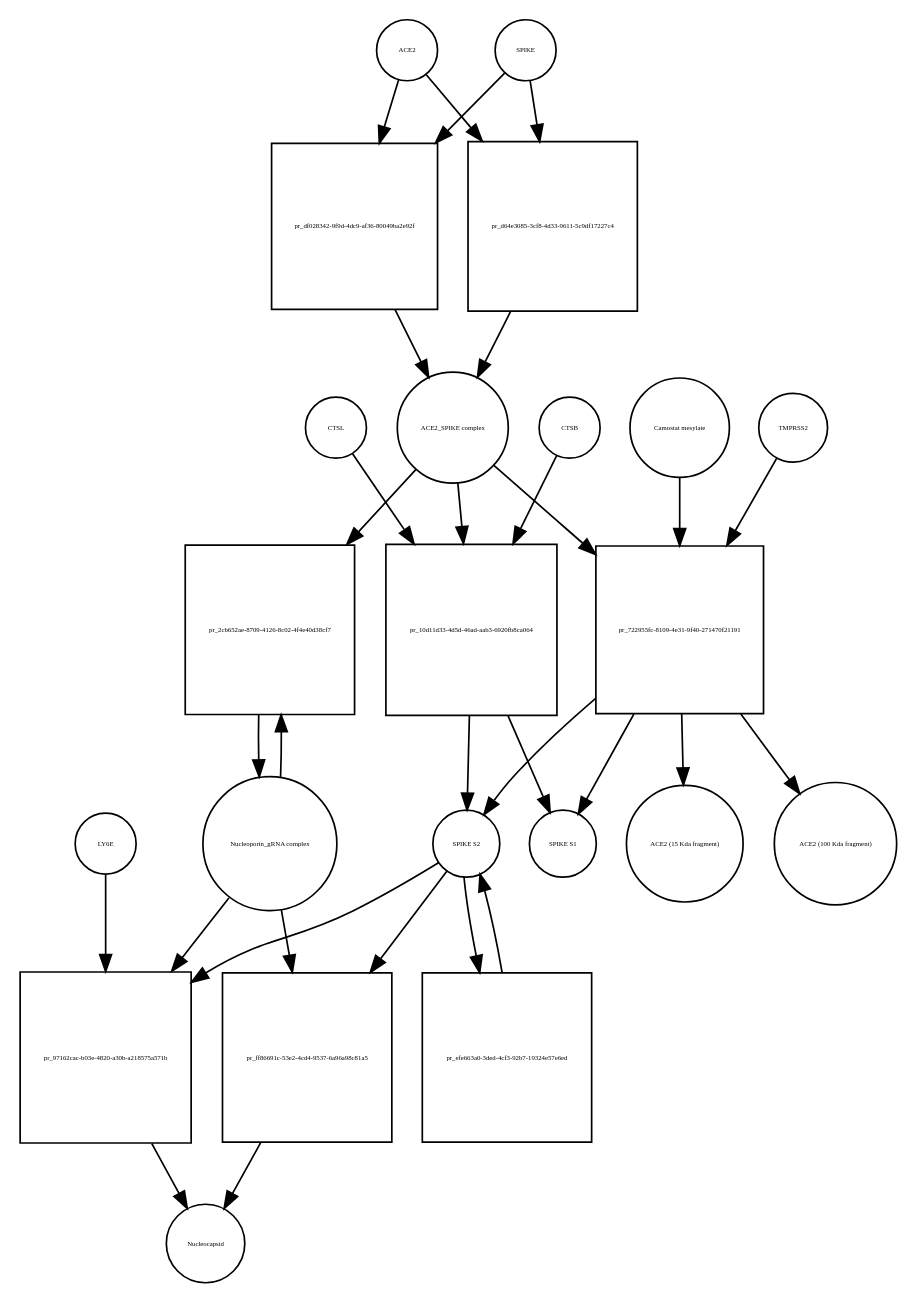
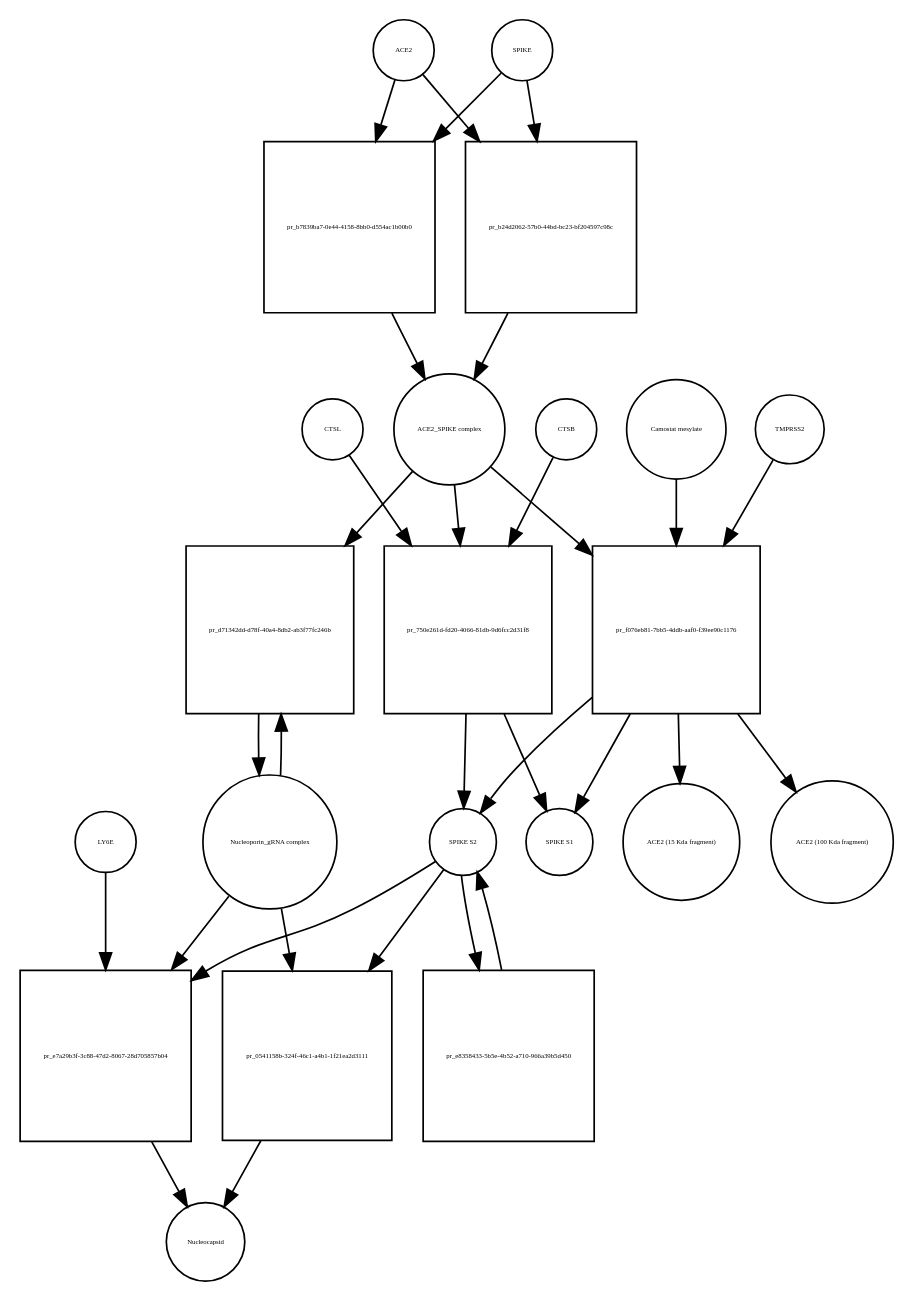
One commit to cannin/covid19-sbgn changed the diagram in Virus_replication_cycle_V02.xml_bipartite.dot. Above: the diagram before and after it, drawn with Graphviz. The commit also changed 564 other files, not shown here.

```diff
--- a/Virus_replication_cycle_V02.xml_bipartite.dot
+++ b/Virus_replication_cycle_V02.xml_bipartite.dot
@@ -1,54 +1,54 @@
 strict digraph  {
 ACE2 [annotation="", bipartite=0, cls=macromolecule, fontsize=4, label=ACE2, shape=circle];
-"pr_df028342-9f9d-4dc9-af36-80049ba2e92f" [annotation="", bipartite=1, cls=process, fontsize=4, label="pr_df028342-9f9d-4dc9-af36-80049ba2e92f", shape=square];
+"pr_b7839ba7-0e44-4158-8bb0-d554ac1b00b0" [annotation="", bipartite=1, cls=process, fontsize=4, label="pr_b7839ba7-0e44-4158-8bb0-d554ac1b00b0", shape=square];
 "ACE2_SPIKE complex" [annotation="", bipartite=0, cls=complex, fontsize=4, label="ACE2_SPIKE complex", shape=circle];
 SPIKE [annotation="", bipartite=0, cls="macromolecule multimer", fontsize=4, label=SPIKE, shape=circle];
 "Nucleoporin_gRNA complex " [annotation="", bipartite=0, cls=complex, fontsize=4, label="Nucleoporin_gRNA complex ", shape=circle];
-"pr_2cb652ae-8709-4126-8c02-4f4e40d38cf7" [annotation="", bipartite=1, cls=process, fontsize=4, label="pr_2cb652ae-8709-4126-8c02-4f4e40d38cf7", shape=square];
-"pr_10d11d33-4d5d-46ad-aab3-6920fb8ca064" [annotation="", bipartite=1, cls=process, fontsize=4, label="pr_10d11d33-4d5d-46ad-aab3-6920fb8ca064", shape=square];
+"pr_d71342dd-d78f-40a4-8db2-ab3f77fc246b" [annotation="", bipartite=1, cls=process, fontsize=4, label="pr_d71342dd-d78f-40a4-8db2-ab3f77fc246b", shape=square];
+"pr_750e261d-fd20-4066-81db-9d6fcc2d31f8" [annotation="", bipartite=1, cls=process, fontsize=4, label="pr_750e261d-fd20-4066-81db-9d6fcc2d31f8", shape=square];
 "SPIKE S2" [annotation="", bipartite=0, cls=macromolecule, fontsize=4, label="SPIKE S2", shape=circle];
 CTSB [annotation="", bipartite=0, cls=macromolecule, fontsize=4, label=CTSB, shape=circle];
 CTSL [annotation="", bipartite=0, cls=macromolecule, fontsize=4, label=CTSL, shape=circle];
 "SPIKE S1" [annotation="", bipartite=0, cls=macromolecule, fontsize=4, label="SPIKE S1", shape=circle];
-"pr_722955fc-8109-4e31-9f40-271470f21191" [annotation="", bipartite=1, cls=process, fontsize=4, label="pr_722955fc-8109-4e31-9f40-271470f21191", shape=square];
+"pr_f076eb81-7bb5-4ddb-aaf0-f39ee90c1176" [annotation="", bipartite=1, cls=process, fontsize=4, label="pr_f076eb81-7bb5-4ddb-aaf0-f39ee90c1176", shape=square];
 TMPRSS2 [annotation="", bipartite=0, cls=macromolecule, fontsize=4, label=TMPRSS2, shape=circle];
 "Camostat mesylate" [annotation="urn_miriam_pubchem.compound_2536", bipartite=0, cls="simple chemical", fontsize=4, label="Camostat mesylate", shape=circle];
 "ACE2 (15 Kda fragment)" [annotation="", bipartite=0, cls=macromolecule, fontsize=4, label="ACE2 (15 Kda fragment)", shape=circle];
 "ACE2 (100 Kda fragment)" [annotation="", bipartite=0, cls=macromolecule, fontsize=4, label="ACE2 (100 Kda fragment)", shape=circle];
-"pr_d64e3085-3cf8-4d33-9611-5c9df17227c4" [annotation="", bipartite=1, cls=process, fontsize=4, label="pr_d64e3085-3cf8-4d33-9611-5c9df17227c4", shape=square];
-"pr_97162cac-b03e-4820-a30b-a218575a571b" [annotation="", bipartite=1, cls=process, fontsize=4, label="pr_97162cac-b03e-4820-a30b-a218575a571b", shape=square];
+"pr_b24d2062-57b0-44bd-bc23-bf204597c98c" [annotation="", bipartite=1, cls=process, fontsize=4, label="pr_b24d2062-57b0-44bd-bc23-bf204597c98c", shape=square];
+"pr_e7a29b3f-3c88-47d2-8067-28d705857b04" [annotation="", bipartite=1, cls=process, fontsize=4, label="pr_e7a29b3f-3c88-47d2-8067-28d705857b04", shape=square];
 Nucleocapsid [annotation="", bipartite=0, cls=complex, fontsize=4, label=Nucleocapsid, shape=circle];
 LY6E [annotation="", bipartite=0, cls=macromolecule, fontsize=4, label=LY6E, shape=circle];
-"pr_efe663a0-3ded-4cf3-92b7-19324e57e6ed" [annotation="", bipartite=1, cls=process, fontsize=4, label="pr_efe663a0-3ded-4cf3-92b7-19324e57e6ed", shape=square];
-"pr_ff86691c-53e2-4cd4-9537-6a96a98c81a5" [annotation="", bipartite=1, cls=process, fontsize=4, label="pr_ff86691c-53e2-4cd4-9537-6a96a98c81a5", shape=square];
-ACE2 -> "pr_df028342-9f9d-4dc9-af36-80049ba2e92f"  [annotation="", interaction_type=consumption];
-ACE2 -> "pr_d64e3085-3cf8-4d33-9611-5c9df17227c4"  [annotation="", interaction_type=consumption];
-"pr_df028342-9f9d-4dc9-af36-80049ba2e92f" -> "ACE2_SPIKE complex"  [annotation="", interaction_type=production];
-"ACE2_SPIKE complex" -> "pr_2cb652ae-8709-4126-8c02-4f4e40d38cf7"  [annotation="urn_miriam_pubmed_32142651|urn_miriam_pubmed_32094589", interaction_type=stimulation];
-"ACE2_SPIKE complex" -> "pr_10d11d33-4d5d-46ad-aab3-6920fb8ca064"  [annotation="", interaction_type=consumption];
-"ACE2_SPIKE complex" -> "pr_722955fc-8109-4e31-9f40-271470f21191"  [annotation="", interaction_type=consumption];
-SPIKE -> "pr_df028342-9f9d-4dc9-af36-80049ba2e92f"  [annotation="", interaction_type=consumption];
-SPIKE -> "pr_d64e3085-3cf8-4d33-9611-5c9df17227c4"  [annotation="", interaction_type=consumption];
-"Nucleoporin_gRNA complex " -> "pr_2cb652ae-8709-4126-8c02-4f4e40d38cf7"  [annotation="", interaction_type=consumption];
-"Nucleoporin_gRNA complex " -> "pr_97162cac-b03e-4820-a30b-a218575a571b"  [annotation="", interaction_type=consumption];
-"Nucleoporin_gRNA complex " -> "pr_ff86691c-53e2-4cd4-9537-6a96a98c81a5"  [annotation="", interaction_type=consumption];
-"pr_2cb652ae-8709-4126-8c02-4f4e40d38cf7" -> "Nucleoporin_gRNA complex "  [annotation="", interaction_type=production];
-"pr_10d11d33-4d5d-46ad-aab3-6920fb8ca064" -> "SPIKE S2"  [annotation="", interaction_type=production];
-"pr_10d11d33-4d5d-46ad-aab3-6920fb8ca064" -> "SPIKE S1"  [annotation="", interaction_type=production];
-"SPIKE S2" -> "pr_97162cac-b03e-4820-a30b-a218575a571b"  [annotation="urn_miriam_doi_10.1101%2F2020.03.05.979260|urn_miriam_doi_10.1101%2F2020.04.02.021469", interaction_type=stimulation];
-"SPIKE S2" -> "pr_efe663a0-3ded-4cf3-92b7-19324e57e6ed"  [annotation="", interaction_type=consumption];
-"SPIKE S2" -> "pr_ff86691c-53e2-4cd4-9537-6a96a98c81a5"  [annotation="", interaction_type=stimulation];
-CTSB -> "pr_10d11d33-4d5d-46ad-aab3-6920fb8ca064"  [annotation=urn_miriam_pubmed_32142651, interaction_type=catalysis];
-CTSL -> "pr_10d11d33-4d5d-46ad-aab3-6920fb8ca064"  [annotation=urn_miriam_pubmed_32142651, interaction_type=catalysis];
-"pr_722955fc-8109-4e31-9f40-271470f21191" -> "SPIKE S2"  [annotation="", interaction_type=production];
-"pr_722955fc-8109-4e31-9f40-271470f21191" -> "SPIKE S1"  [annotation="", interaction_type=production];
-"pr_722955fc-8109-4e31-9f40-271470f21191" -> "ACE2 (15 Kda fragment)"  [annotation="", interaction_type=production];
-"pr_722955fc-8109-4e31-9f40-271470f21191" -> "ACE2 (100 Kda fragment)"  [annotation="", interaction_type=production];
-TMPRSS2 -> "pr_722955fc-8109-4e31-9f40-271470f21191"  [annotation="urn_miriam_pubmed_32142651|urn_miriam_pubmed_32094589|urn_miriam_pubmed_24227843", interaction_type=catalysis];
-"Camostat mesylate" -> "pr_722955fc-8109-4e31-9f40-271470f21191"  [annotation="urn_miriam_pubmed_32142651|urn_miriam_pubmed_32094589|urn_miriam_pubmed_24227843", interaction_type=inhibition];
-"pr_d64e3085-3cf8-4d33-9611-5c9df17227c4" -> "ACE2_SPIKE complex"  [annotation="", interaction_type=production];
-"pr_97162cac-b03e-4820-a30b-a218575a571b" -> Nucleocapsid  [annotation="", interaction_type=production];
-LY6E -> "pr_97162cac-b03e-4820-a30b-a218575a571b"  [annotation="urn_miriam_doi_10.1101%2F2020.03.05.979260|urn_miriam_doi_10.1101%2F2020.04.02.021469", interaction_type=inhibition];
-"pr_efe663a0-3ded-4cf3-92b7-19324e57e6ed" -> "SPIKE S2"  [annotation="", interaction_type=production];
-"pr_ff86691c-53e2-4cd4-9537-6a96a98c81a5" -> Nucleocapsid  [annotation="", interaction_type=production];
+"pr_e8358433-5b5e-4b52-a710-966a39b5d450" [annotation="", bipartite=1, cls=process, fontsize=4, label="pr_e8358433-5b5e-4b52-a710-966a39b5d450", shape=square];
+"pr_0541158b-324f-46c1-a4b1-1f21ea2d3111" [annotation="", bipartite=1, cls=process, fontsize=4, label="pr_0541158b-324f-46c1-a4b1-1f21ea2d3111", shape=square];
+ACE2 -> "pr_b7839ba7-0e44-4158-8bb0-d554ac1b00b0"  [annotation="", interaction_type=consumption];
+ACE2 -> "pr_b24d2062-57b0-44bd-bc23-bf204597c98c"  [annotation="", interaction_type=consumption];
+"pr_b7839ba7-0e44-4158-8bb0-d554ac1b00b0" -> "ACE2_SPIKE complex"  [annotation="", interaction_type=production];
+"ACE2_SPIKE complex" -> "pr_d71342dd-d78f-40a4-8db2-ab3f77fc246b"  [annotation="urn_miriam_pubmed_32142651|urn_miriam_pubmed_32094589", interaction_type=stimulation];
+"ACE2_SPIKE complex" -> "pr_750e261d-fd20-4066-81db-9d6fcc2d31f8"  [annotation="", interaction_type=consumption];
+"ACE2_SPIKE complex" -> "pr_f076eb81-7bb5-4ddb-aaf0-f39ee90c1176"  [annotation="", interaction_type=consumption];
+SPIKE -> "pr_b7839ba7-0e44-4158-8bb0-d554ac1b00b0"  [annotation="", interaction_type=consumption];
+SPIKE -> "pr_b24d2062-57b0-44bd-bc23-bf204597c98c"  [annotation="", interaction_type=consumption];
+"Nucleoporin_gRNA complex " -> "pr_d71342dd-d78f-40a4-8db2-ab3f77fc246b"  [annotation="", interaction_type=consumption];
+"Nucleoporin_gRNA complex " -> "pr_e7a29b3f-3c88-47d2-8067-28d705857b04"  [annotation="", interaction_type=consumption];
+"Nucleoporin_gRNA complex " -> "pr_0541158b-324f-46c1-a4b1-1f21ea2d3111"  [annotation="", interaction_type=consumption];
+"pr_d71342dd-d78f-40a4-8db2-ab3f77fc246b" -> "Nucleoporin_gRNA complex "  [annotation="", interaction_type=production];
+"pr_750e261d-fd20-4066-81db-9d6fcc2d31f8" -> "SPIKE S2"  [annotation="", interaction_type=production];
+"pr_750e261d-fd20-4066-81db-9d6fcc2d31f8" -> "SPIKE S1"  [annotation="", interaction_type=production];
+"SPIKE S2" -> "pr_e7a29b3f-3c88-47d2-8067-28d705857b04"  [annotation="urn_miriam_doi_10.1101%2F2020.03.05.979260|urn_miriam_doi_10.1101%2F2020.04.02.021469", interaction_type=stimulation];
+"SPIKE S2" -> "pr_e8358433-5b5e-4b52-a710-966a39b5d450"  [annotation="", interaction_type=consumption];
+"SPIKE S2" -> "pr_0541158b-324f-46c1-a4b1-1f21ea2d3111"  [annotation="", interaction_type=stimulation];
+CTSB -> "pr_750e261d-fd20-4066-81db-9d6fcc2d31f8"  [annotation=urn_miriam_pubmed_32142651, interaction_type=catalysis];
+CTSL -> "pr_750e261d-fd20-4066-81db-9d6fcc2d31f8"  [annotation=urn_miriam_pubmed_32142651, interaction_type=catalysis];
+"pr_f076eb81-7bb5-4ddb-aaf0-f39ee90c1176" -> "SPIKE S2"  [annotation="", interaction_type=production];
+"pr_f076eb81-7bb5-4ddb-aaf0-f39ee90c1176" -> "SPIKE S1"  [annotation="", interaction_type=production];
+"pr_f076eb81-7bb5-4ddb-aaf0-f39ee90c1176" -> "ACE2 (15 Kda fragment)"  [annotation="", interaction_type=production];
+"pr_f076eb81-7bb5-4ddb-aaf0-f39ee90c1176" -> "ACE2 (100 Kda fragment)"  [annotation="", interaction_type=production];
+TMPRSS2 -> "pr_f076eb81-7bb5-4ddb-aaf0-f39ee90c1176"  [annotation="urn_miriam_pubmed_32142651|urn_miriam_pubmed_32094589|urn_miriam_pubmed_24227843", interaction_type=catalysis];
+"Camostat mesylate" -> "pr_f076eb81-7bb5-4ddb-aaf0-f39ee90c1176"  [annotation="urn_miriam_pubmed_32142651|urn_miriam_pubmed_32094589|urn_miriam_pubmed_24227843", interaction_type=inhibition];
+"pr_b24d2062-57b0-44bd-bc23-bf204597c98c" -> "ACE2_SPIKE complex"  [annotation="", interaction_type=production];
+"pr_e7a29b3f-3c88-47d2-8067-28d705857b04" -> Nucleocapsid  [annotation="", interaction_type=production];
+LY6E -> "pr_e7a29b3f-3c88-47d2-8067-28d705857b04"  [annotation="urn_miriam_doi_10.1101%2F2020.03.05.979260|urn_miriam_doi_10.1101%2F2020.04.02.021469", interaction_type=inhibition];
+"pr_e8358433-5b5e-4b52-a710-966a39b5d450" -> "SPIKE S2"  [annotation="", interaction_type=production];
+"pr_0541158b-324f-46c1-a4b1-1f21ea2d3111" -> Nucleocapsid  [annotation="", interaction_type=production];
 }
```
